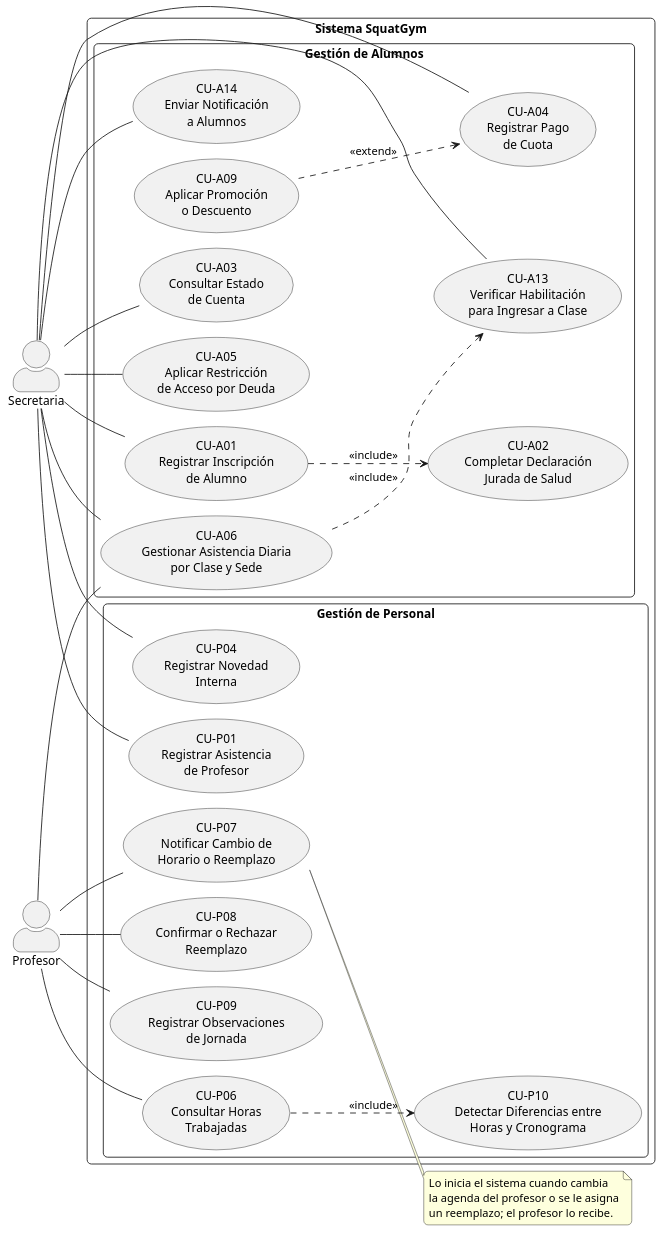
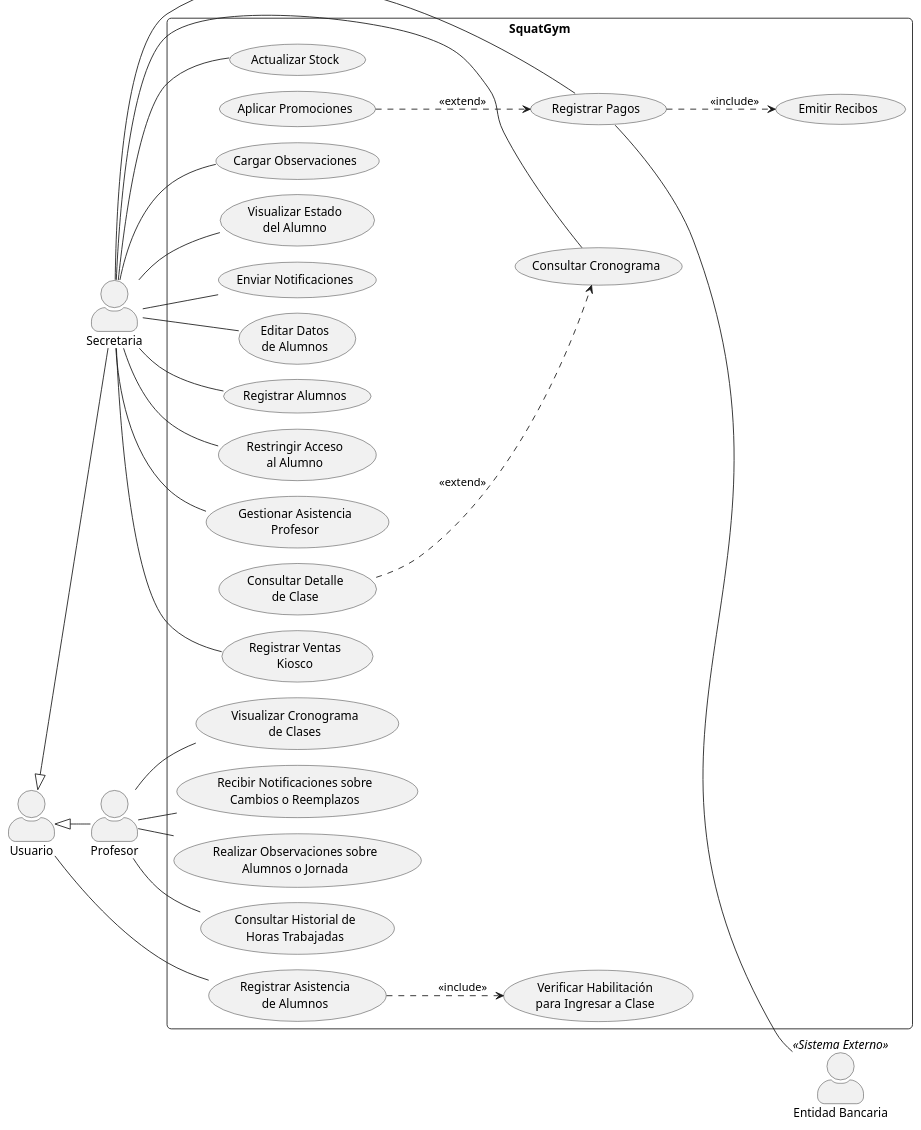
Before and after one commit to sandobaitt/TpDiseno: the diagram in tpi2/01-casos-de-uso/casos_de_uso_secretaria_profesor.puml, drawn with PlantUML. The commit also changed 14 other files, not shown here.

```diff
--- a/tpi2/01-casos-de-uso/casos_de_uso_secretaria_profesor.puml
+++ b/tpi2/01-casos-de-uso/casos_de_uso_secretaria_profesor.puml
@@ -1,82 +1,96 @@
 @startuml casos_de_uso_secretaria_profesor
 !pragma layout smetana
 left to right direction
 skinparam packageStyle rectangle
 skinparam shadowing false
 skinparam roundcorner 10
 skinparam actorStyle awesome
 
 ' ==============================================================================
 ' DIAGRAMA DE CASOS DE USO: actores Secretaria y Profesor
-' Sistema SquatGym - módulos Gestión de Alumnos y Gestión de Personal
+' Sistema SquatGym
 ' Cátedra: Diseño de Sistemas (DSI 2026) - TPI, segunda entrega
+'
+' Versión del grupo (dibujada en draw.io) pasada a PlantUML.
 '
 ' REGLAS DE CÁTEDRA APLICADAS:
 ' - Actores (roles) a la izquierda y afuera del límite del sistema.
+' - Actor externo (Entidad Bancaria) a la derecha.
+' - Secretaria y Profesor heredan de Usuario: lo que hacen los dos se asocia a Usuario.
 ' - Asociaciones actor - CU sin flechas.
 ' - CU nombrados con verbo en infinitivo + sustantivo.
 ' - include apunta al CU incluido; extend apunta al CU base.
 ' - Sin CU huérfanos: los que no tienen actor directo cuelgan de un include o extend.
 ' ==============================================================================
 
+actor "Usuario" as Usuario
 actor "Secretaria" as Secretaria
 actor "Profesor" as Profesor
+actor "Entidad Bancaria" as Banco <<Sistema Externo>>
 
-rectangle "Sistema SquatGym" {
+' Generalización: los dos roles son usuarios del sistema
+Secretaria -up-|> Usuario
+Profesor -up-|> Usuario
 
-    package "Gestión de Alumnos" {
-        usecase "CU-A01\nRegistrar Inscripción\nde Alumno" as A01
-        usecase "CU-A02\nCompletar Declaración\nJurada de Salud" as A02
-        usecase "CU-A03\nConsultar Estado\nde Cuenta" as A03
-        usecase "CU-A04\nRegistrar Pago\nde Cuota" as A04
-        usecase "CU-A09\nAplicar Promoción\no Descuento" as A09
-        usecase "CU-A05\nAplicar Restricción\nde Acceso por Deuda" as A05
-        usecase "CU-A06\nGestionar Asistencia Diaria\npor Clase y Sede" as A06
-        usecase "CU-A13\nVerificar Habilitación\npara Ingresar a Clase" as A13
-        usecase "CU-A14\nEnviar Notificación\na Alumnos" as A14
-    }
+rectangle "SquatGym" {
 
-    package "Gestión de Personal" {
-        usecase "CU-P01\nRegistrar Asistencia\nde Profesor" as P01
-        usecase "CU-P04\nRegistrar Novedad\nInterna" as P04
-        usecase "CU-P06\nConsultar Horas\nTrabajadas" as P06
-        usecase "CU-P10\nDetectar Diferencias entre\nHoras y Cronograma" as P10
-        usecase "CU-P07\nNotificar Cambio de\nHorario o Reemplazo" as P07
-        usecase "CU-P08\nConfirmar o Rechazar\nReemplazo" as P08
-        usecase "CU-P09\nRegistrar Observaciones\nde Jornada" as P09
-    }
+    ' --- Lo que hacen la Secretaria y el Profesor (actor Usuario) ---
+    usecase "Registrar Asistencia\nde Alumnos" as RegistrarAsistencia
+    usecase "Verificar Habilitación\npara Ingresar a Clase" as VerificarHabilitacion
 
-    ' La inscripción no se completa sin la declaración jurada de salud
-    A01 ..> A02 : <<include>>
+    ' --- Secretaria ---
+    usecase "Registrar Pagos" as RegistrarPagos
+    usecase "Emitir Recibos" as EmitirRecibos
+    usecase "Aplicar Promociones" as AplicarPromociones
+    usecase "Registrar Alumnos" as RegistrarAlumnos
+    usecase "Editar Datos\nde Alumnos" as EditarAlumnos
+    usecase "Restringir Acceso\nal Alumno" as RestringirAcceso
+    usecase "Gestionar Asistencia\nProfesor" as GestionarAsistenciaProfesor
+    usecase "Visualizar Estado\ndel Alumno" as VisualizarEstado
+    usecase "Registrar Ventas\nKiosco" as RegistrarVentasKiosco
+    usecase "Actualizar Stock" as ActualizarStock
+    usecase "Consultar Cronograma" as ConsultarCronograma
+    usecase "Consultar Detalle\nde Clase" as ConsultarDetalleClase
+    usecase "Cargar Observaciones" as CargarObservaciones
+    usecase "Enviar Notificaciones" as EnviarNotificaciones
+
+    ' --- Profesor ---
+    usecase "Visualizar Cronograma\nde Clases" as VisualizarCronograma
+    usecase "Recibir Notificaciones sobre\nCambios o Reemplazos" as RecibirNotificaciones
+    usecase "Realizar Observaciones sobre\nAlumnos o Jornada" as RealizarObservaciones
+    usecase "Consultar Historial de\nHoras Trabajadas" as ConsultarHoras
+
+    ' La asistencia no se registra sin verificar la habilitación de cada alumno
+    RegistrarAsistencia ..> VerificarHabilitacion : <<include>>
+    ' Todo pago genera su recibo
+    RegistrarPagos ..> EmitirRecibos : <<include>>
     ' Al cobrar, la promoción se aplica solo si corresponde
-    A09 ..> A04 : <<extend>>
-    ' La asistencia por clase verifica la habilitación de cada alumno
-    A06 ..> A13 : <<include>>
-    ' Al consultar las horas, el sistema compara con el cronograma
-    P06 ..> P10 : <<include>>
+    AplicarPromociones ..> RegistrarPagos : <<extend>>
+    ' Desde el cronograma, opcionalmente se consulta el detalle de una clase
+    ConsultarDetalleClase ..> ConsultarCronograma : <<extend>>
 }
 
 ' Asociaciones SIN flechas
-Secretaria -- A01
-Secretaria -- A03
-Secretaria -- A04
-Secretaria -- A05
-Secretaria -- A06
-Secretaria -- A13
-Secretaria -- A14
-Secretaria -- P01
-Secretaria -- P04
+Usuario -- RegistrarAsistencia
 
-Profesor -- A06
-Profesor -- P06
-Profesor -- P07
-Profesor -- P08
-Profesor -- P09
+Secretaria -- RegistrarPagos
+Secretaria -- RegistrarAlumnos
+Secretaria -- EditarAlumnos
+Secretaria -- RestringirAcceso
+Secretaria -- GestionarAsistenciaProfesor
+Secretaria -- VisualizarEstado
+Secretaria -- RegistrarVentasKiosco
+Secretaria -- ActualizarStock
+Secretaria -- ConsultarCronograma
+Secretaria -- CargarObservaciones
+Secretaria -- EnviarNotificaciones
 
-note right of P07
-  Lo inicia el sistema cuando cambia
-  la agenda del profesor o se le asigna
-  un reemplazo; el profesor lo recibe.
-end note
+Profesor -- VisualizarCronograma
+Profesor -- RecibirNotificaciones
+Profesor -- RealizarObservaciones
+Profesor -- ConsultarHoras
+
+' Actor externo, a la derecha
+RegistrarPagos -down- Banco
 
 @enduml
```
